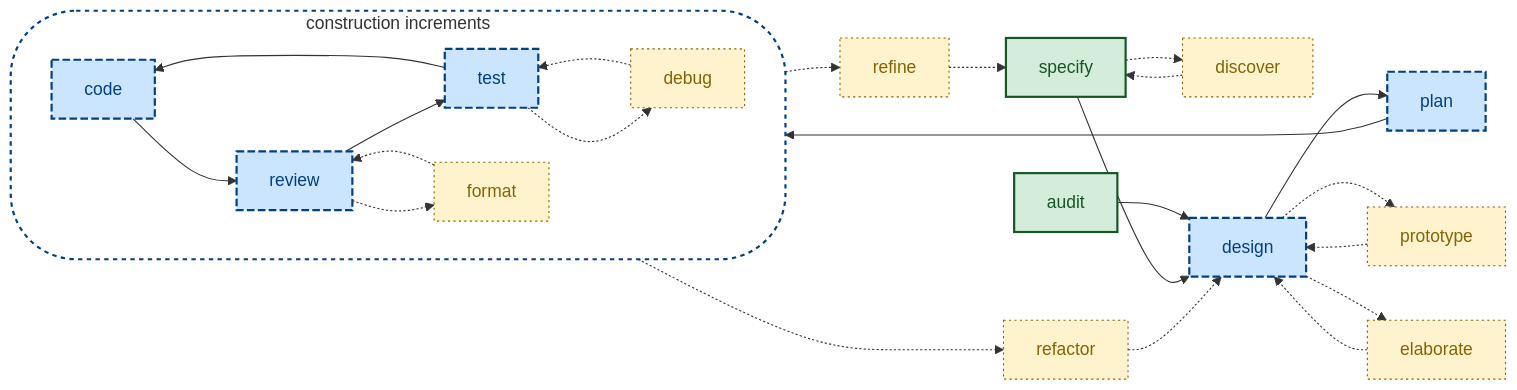
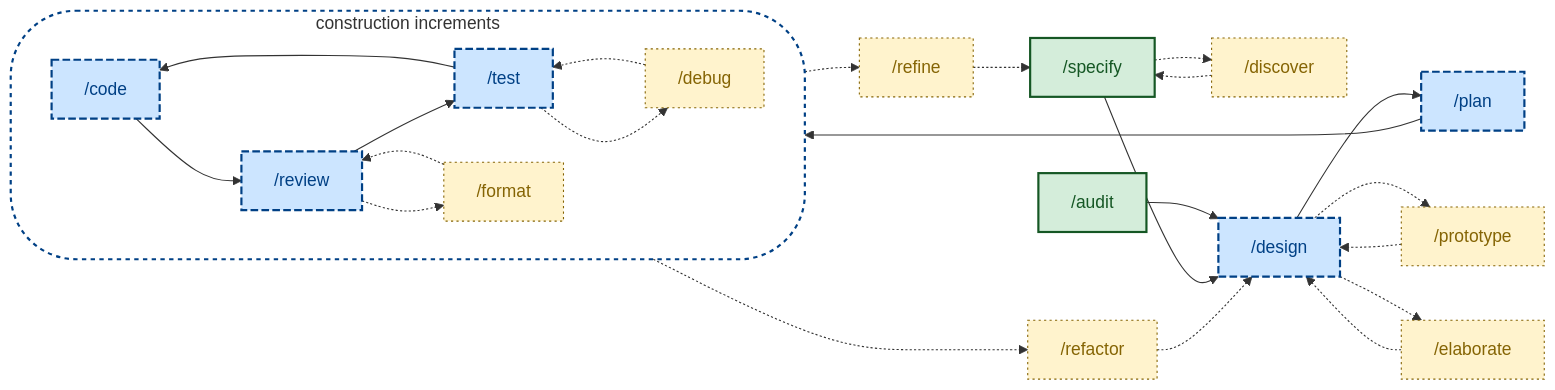
One commit to kieranpotts/skills changed the diagram in README.md. Above: the diagram before and after it, drawn with Mermaid.

Commit message:
chore: adopt slash-prefix on skill names in mermaid diagram, too

````diff
--- a/README.md
+++ b/README.md
@@ -43,60 +43,60 @@
 ```mermaid
 flowchart LR
-  %% Node classes (declared up front so they hold inside and outside the subgraph).
-  discover:::secondary
-  audit:::start
-  specify:::start
-  design:::main
-  plan:::main
-  code:::main
-  review:::main
-  test:::main
-  prototype:::secondary
-  elaborate:::secondary
-  format:::secondary
-  debug:::secondary
-  refactor:::secondary
-  refine:::secondary
+  %% Node labels and classes (declared up front so they hold inside and outside the subgraph).
+  discover["/discover"]:::secondary
+  audit["/audit"]:::start
+  specify["/specify"]:::start
+  design["/design"]:::main
+  plan["/plan"]:::main
+  code["/code"]:::main
+  review["/review"]:::main
+  test["/test"]:::main
+  prototype["/prototype"]:::secondary
+  elaborate["/elaborate"]:::secondary
+  format["/format"]:::secondary
+  debug["/debug"]:::secondary
+  refactor["/refactor"]:::secondary
+  refine["/refine"]:::secondary
 
   %% Starting points.
   discover -.-> specify
   audit --> design
   specify --> design
 
   %% Main workflow sequence.
   design --> plan
   plan --> code
 
   %% The build loop: code -> review -> test, plus the format and debug repair cycles.
   subgraph build [construction increments]
     direction LR
     code --> review
     review --> test
     test --> code
     review -.-> format
     format -.-> review
     test -.-> debug
     debug -.-> test
   end
 
   %% Small iterative cycles.
   specify -.-> discover
   design -.-> prototype
   prototype -.-> design
   design -.-> elaborate
   elaborate -.-> design
 
   %% Big feedback loops.
   review -.-> refactor
   refactor -.-> design
   test -.-> refine
   refine -.-> specify
 
   %% Class definitions.
   classDef start fill:#d4edda,stroke:#155724,color:#155724,stroke-width:2px
   classDef main fill:#cce5ff,stroke:#004085,color:#004085,stroke-width:2px,stroke-dasharray:7 3
   classDef secondary fill:#fff3cd,stroke:#856404,color:#856404,stroke-width:1px,stroke-dasharray:2 3
 
   %% Subgraph (loop) border styling.
   style build fill:none,stroke:#004085,stroke-width:2px,stroke-dasharray:4 4,rx:60,ry:60
 ```
````
